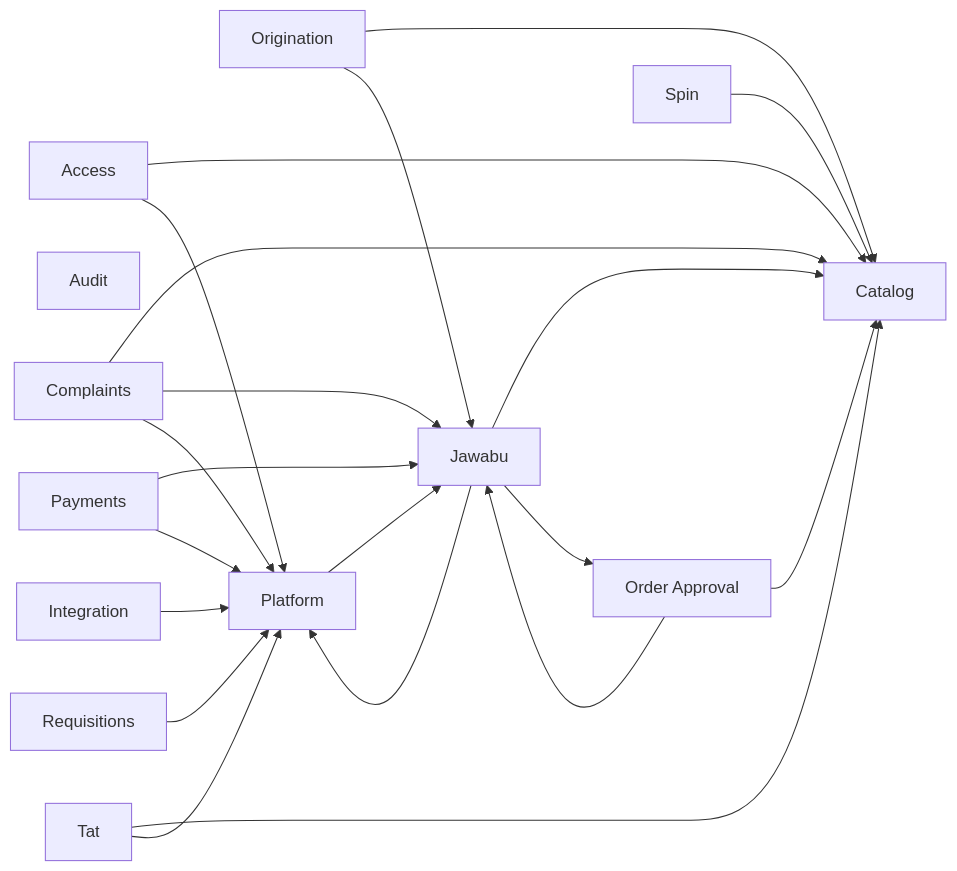
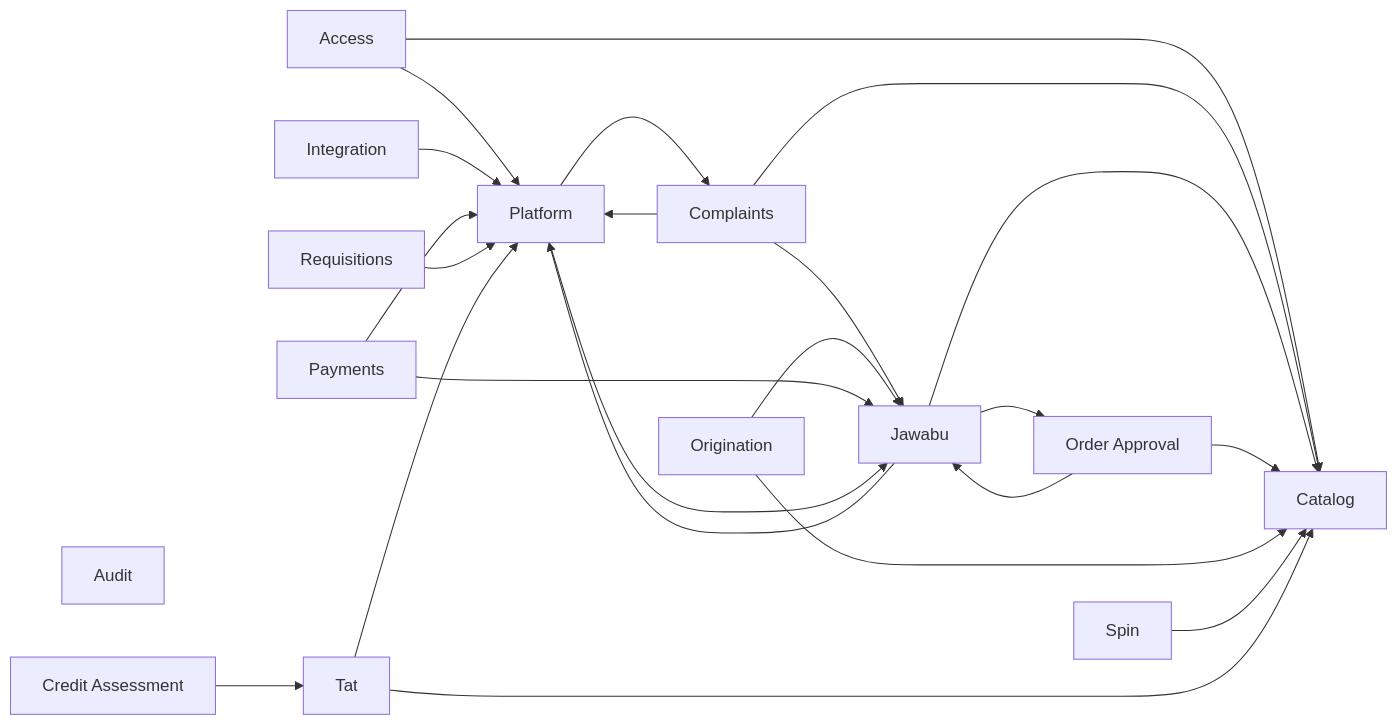
One commit to bedanavrvm/HB-Biogas-Telegram-Bot changed the diagram in docs/database/overview.mmd. Above: the diagram before and after it, drawn with Mermaid. The commit also changed 32 other files, not shown here.

```diff
--- a/docs/database/overview.mmd
+++ b/docs/database/overview.mmd
@@ -1,34 +1,37 @@
 flowchart LR
   access["Access"]
   audit["Audit"]
   catalog["Catalog"]
   complaints["Complaints"]
+  credit_assessment["Credit Assessment"]
   integration["Integration"]
   jawabu["Jawabu"]
   order_approval["Order Approval"]
   origination["Origination"]
   payments["Payments"]
   platform["Platform"]
   requisitions["Requisitions"]
   spin["Spin"]
   tat["Tat"]
   access --> catalog
   access --> platform
   complaints --> catalog
   complaints --> jawabu
   complaints --> platform
+  credit_assessment --> tat
   integration --> platform
   jawabu --> catalog
   jawabu --> order_approval
   jawabu --> platform
   order_approval --> catalog
   order_approval --> jawabu
   origination --> catalog
   origination --> jawabu
   payments --> jawabu
   payments --> platform
+  platform --> complaints
   platform --> jawabu
   requisitions --> platform
   spin --> catalog
   tat --> catalog
   tat --> platform
```
